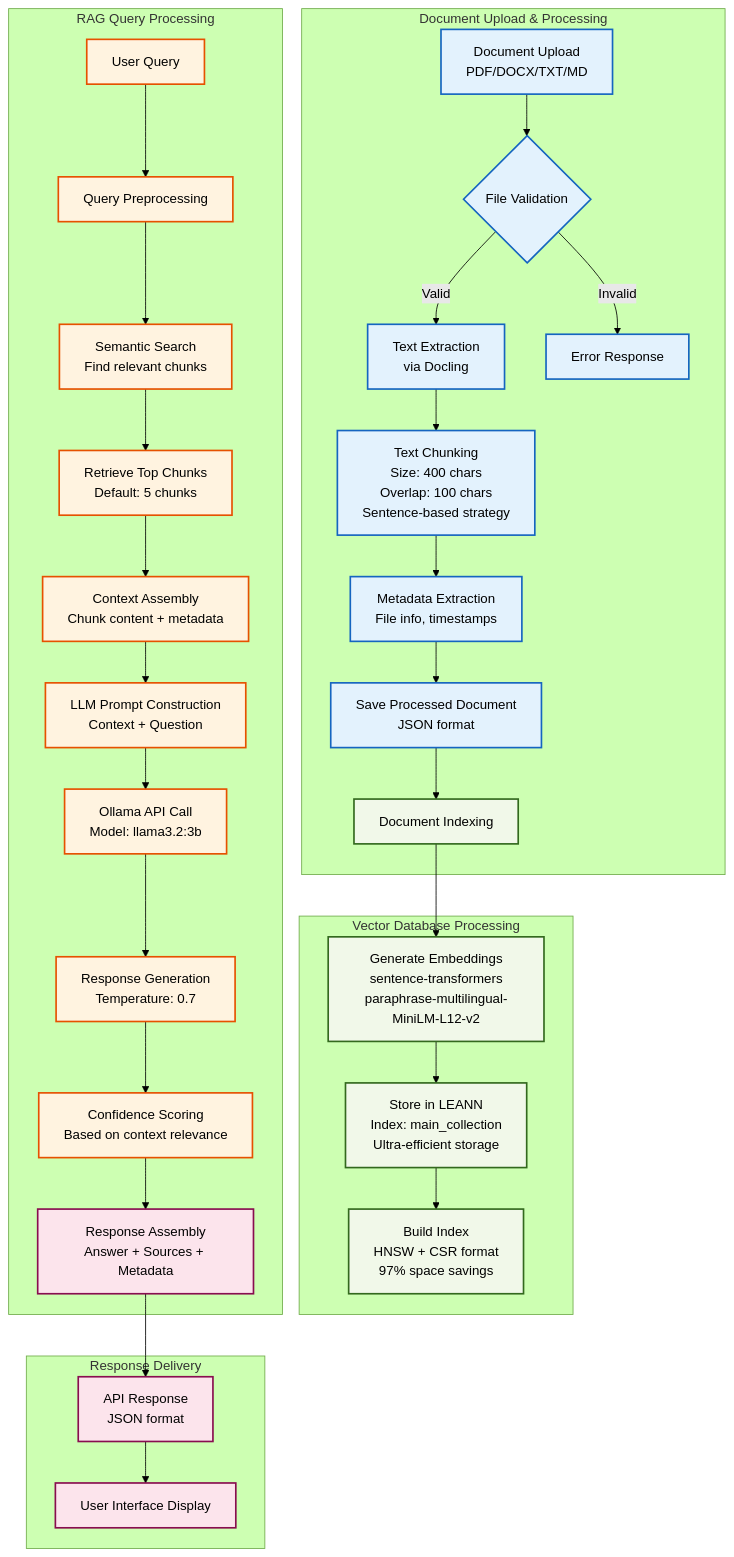
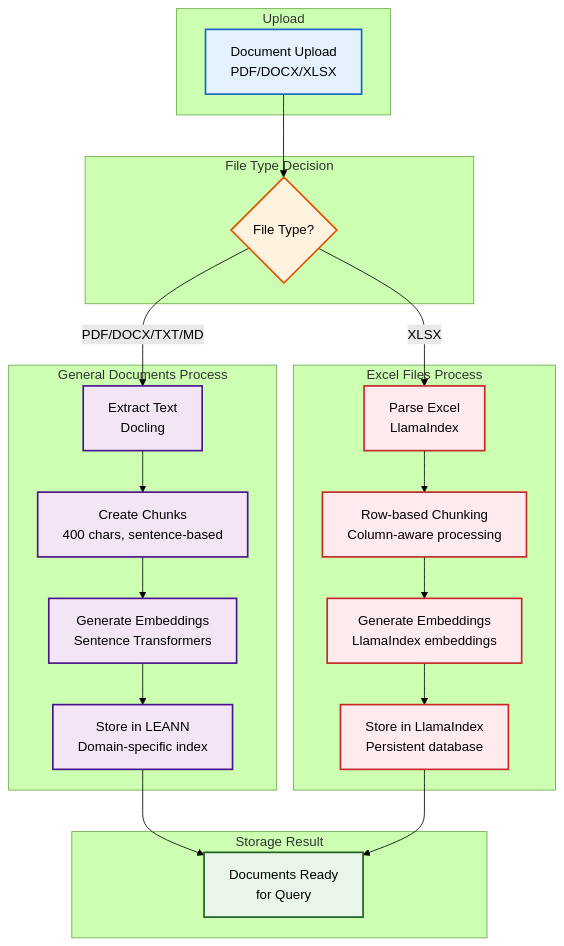
One commit to Mil100057/Myr-Ag-system changed the third of 5 diagrams in docs/architecture_diagrams.md. Above: the diagram before and after it, drawn with Mermaid (forest theme). The commit also changed other lines of this file and 24 other files, not shown here.

````diff
--- a/docs/architecture_diagrams.md
+++ b/docs/architecture_diagrams.md
@@ -134,51 +105,55 @@
 ```mermaid
 flowchart TD
-    subgraph UploadProcessing["Document Upload & Processing"]
-        A["Document Upload<br/>PDF/DOCX/TXT/MD"] --> B{"File Validation"}
-        B -->|"Valid"| C["Text Extraction<br/>via Docling"]
-        B -->|"Invalid"| D["Error Response"]
-        
-        C --> E["Text Chunking<br/>Size: 400 chars<br/>Overlap: 100 chars<br/>Sentence-based strategy"]
-        E --> F["Metadata Extraction<br/>File info, timestamps"]
-        
-        F --> G["Save Processed Document<br/>JSON format"]
-        G --> H["Document Indexing"]
+    subgraph Upload["Upload"]
+        A["Document Upload<br/>PDF/DOCX/XLSX"]
     end
-    
-    subgraph VectorProcessing["Vector Database Processing"]
-        H --> I["Generate Embeddings<br/>sentence-transformers<br/>paraphrase-multilingual-MiniLM-L12-v2"]
-        I --> J["Store in LEANN<br/>Index: main_collection<br/>Ultra-efficient storage"]
-        J --> K["Build Index<br/>HNSW + CSR format<br/>97% space savings"]
+  
+    subgraph Decision["File Type Decision"]
+        B{"File Type?"}
     end
-    
-    subgraph RAGProcessing["RAG Query Processing"]
-        L["User Query"] --> M["Query Preprocessing"]
-        M --> N["Semantic Search<br/>Find relevant chunks"]
-        N --> O["Retrieve Top Chunks<br/>Default: 5 chunks"]
-        
-        O --> P["Context Assembly<br/>Chunk content + metadata"]
-        P --> Q["LLM Prompt Construction<br/>Context + Question"]
-        
-        Q --> R["Ollama API Call<br/>Model: llama3.2:3b"]
-        R --> S["Response Generation<br/>Temperature: 0.7"]
-        
-        S --> T["Confidence Scoring<br/>Based on context relevance"]
-        T --> U["Response Assembly<br/>Answer + Sources + Metadata"]
+  
+    subgraph GeneralProcess["General Documents Process"]
+        C1["Extract Text<br/>Docling"]
+        C2["Create Chunks<br/>400 chars, sentence-based"]
+        C3["Generate Embeddings<br/>Sentence Transformers"]
+        C4["Store in LEANN<br/>Domain-specific index"]
     end
-    
-    subgraph ResponseDelivery["Response Delivery"]
-        U --> V["API Response<br/>JSON format"]
-        V --> W["User Interface Display"]
+  
+    subgraph ExcelProcess["Excel Files Process"]
+        D1["Parse Excel<br/>LlamaIndex"]
+        D2["Row-based Chunking<br/>Column-aware processing"]
+        D3["Generate Embeddings<br/>LlamaIndex embeddings"]
+        D4["Store in LlamaIndex<br/>Persistent database"]
     end
-    
-    %% Styling
-    classDef uploadFlow fill:#e3f2fd,stroke:#1565c0,stroke-width:2px
-    classDef vectorFlow fill:#f1f8e9,stroke:#33691e,stroke-width:2px
-    classDef ragFlow fill:#fff3e0,stroke:#e65100,stroke-width:2px
-    classDef responseFlow fill:#fce4ec,stroke:#880e4f,stroke-width:2px
-    
-    class A,B,C,D,E,F,G uploadFlow
-    class H,I,J,K vectorFlow
-    class L,M,N,O,P,Q,R,S,T ragFlow
-    class U,V,W responseFlow
+  
+    subgraph Storage["Storage Result"]
+        E["Documents Ready<br/>for Query"]
+    end
+  
+    A --> B
+    B -->|"PDF/DOCX/TXT/MD"| C1
+    B -->|"XLSX"| D1
+  
+    C1 --> C2
+    C2 --> C3
+    C3 --> C4
+  
+    D1 --> D2
+    D2 --> D3
+    D3 --> D4
+  
+    C4 --> E
+    D4 --> E
+  
+    classDef upload fill:#e3f2fd,stroke:#1565c0,stroke-width:2px
+    classDef decision fill:#fff3e0,stroke:#e65100,stroke-width:2px
+    classDef generalProcess fill:#f3e5f5,stroke:#4a148c,stroke-width:2px
+    classDef excelProcess fill:#ffebee,stroke:#c62828,stroke-width:2px
+    classDef storage fill:#e8f5e8,stroke:#1b5e20,stroke-width:2px
+  
+    class A upload
+    class B decision
+    class C1,C2,C3,C4 generalProcess
+    class D1,D2,D3,D4 excelProcess
+    class E storage
 ```
````
